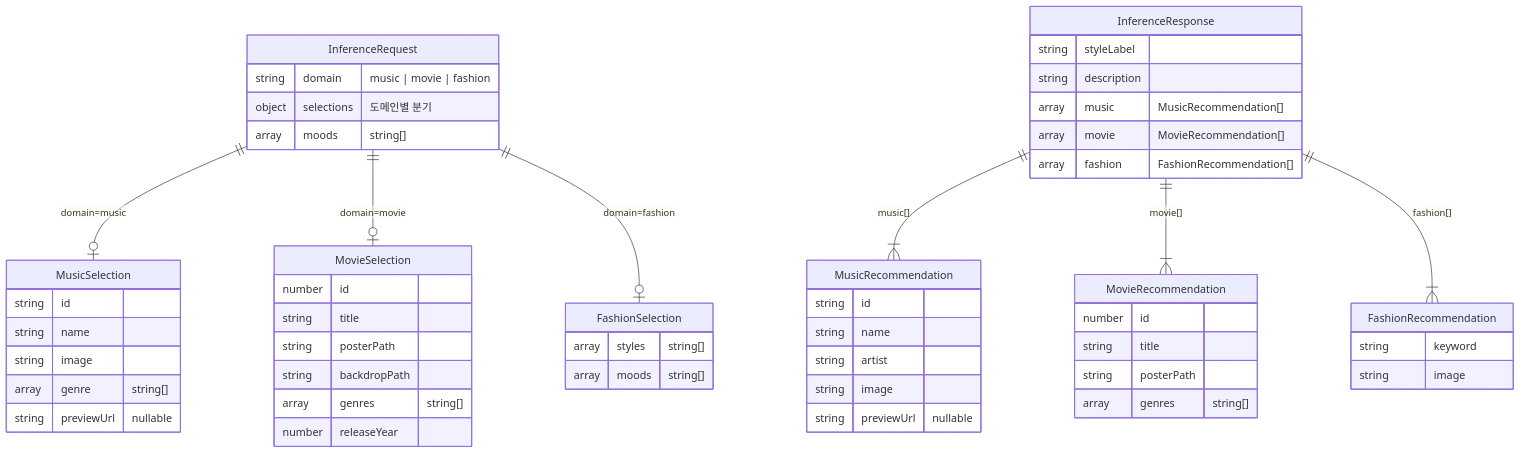
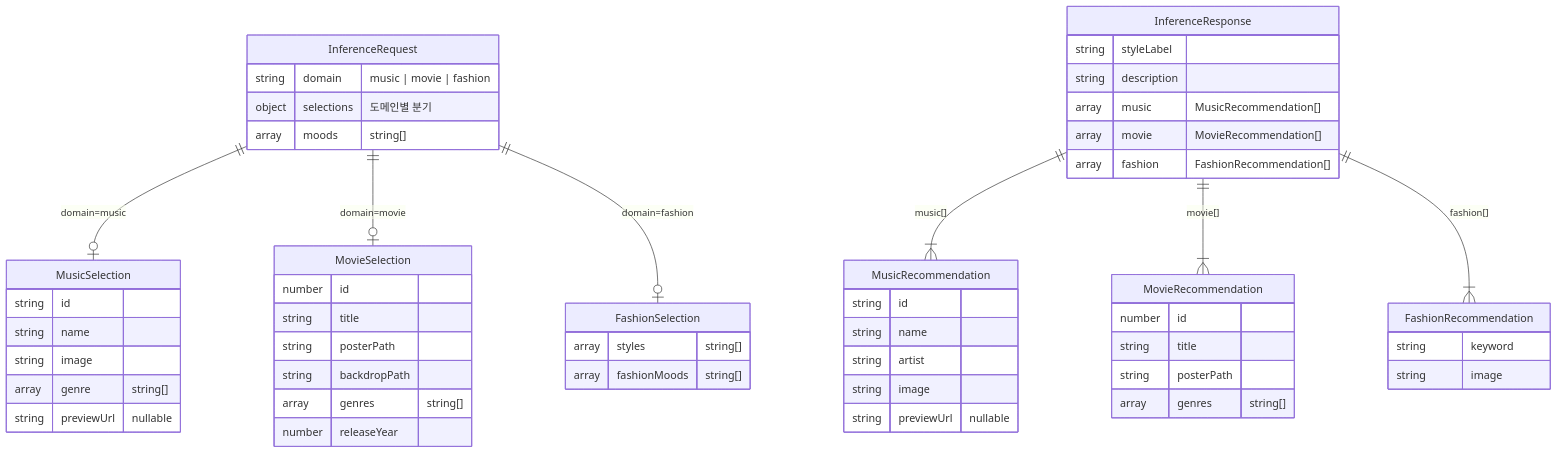
The diagram in docs/inference-schema.md (Style-Sync/stylesync), drawn with Mermaid before and after one commit. The commit also changed other lines of this file, not shown here.

First line of the commit message:
docs: inference-schema.md moods 제약·fashionMoods 필드명 갱신

````diff
--- a/docs/inference-schema.md
+++ b/docs/inference-schema.md
@@ -25,65 +25,65 @@
 ```mermaid
 erDiagram
     InferenceRequest {
         string  domain       "music | movie | fashion"
         object  selections   "도메인별 분기"
         array   moods        "string[]"
     }
 
     MusicSelection {
         string  id
         string  name
         string  image
         array   genre        "string[]"
         string  previewUrl   "nullable"
     }
 
     MovieSelection {
         number  id
         string  title
         string  posterPath
         string  backdropPath
         array   genres       "string[]"
         number  releaseYear
     }
 
     FashionSelection {
         array   styles       "string[]"
-        array   moods        "string[]"
+        array   fashionMoods "string[]"
     }
 
     InferenceResponse {
         string  styleLabel
         string  description
         array   music        "MusicRecommendation[]"
         array   movie        "MovieRecommendation[]"
         array   fashion      "FashionRecommendation[]"
     }
 
     MusicRecommendation {
         string  id
         string  name
         string  artist
         string  image
         string  previewUrl   "nullable"
     }
 
     MovieRecommendation {
         number  id
         string  title
         string  posterPath
         array   genres       "string[]"
     }
 
     FashionRecommendation {
         string  keyword
         string  image
     }
 
     InferenceRequest ||--o| MusicSelection    : "domain=music"
     InferenceRequest ||--o| MovieSelection    : "domain=movie"
     InferenceRequest ||--o| FashionSelection  : "domain=fashion"
     InferenceResponse ||--|{ MusicRecommendation   : "music[]"
     InferenceResponse ||--|{ MovieRecommendation   : "movie[]"
     InferenceResponse ||--|{ FashionRecommendation : "fashion[]"
 ```
````
